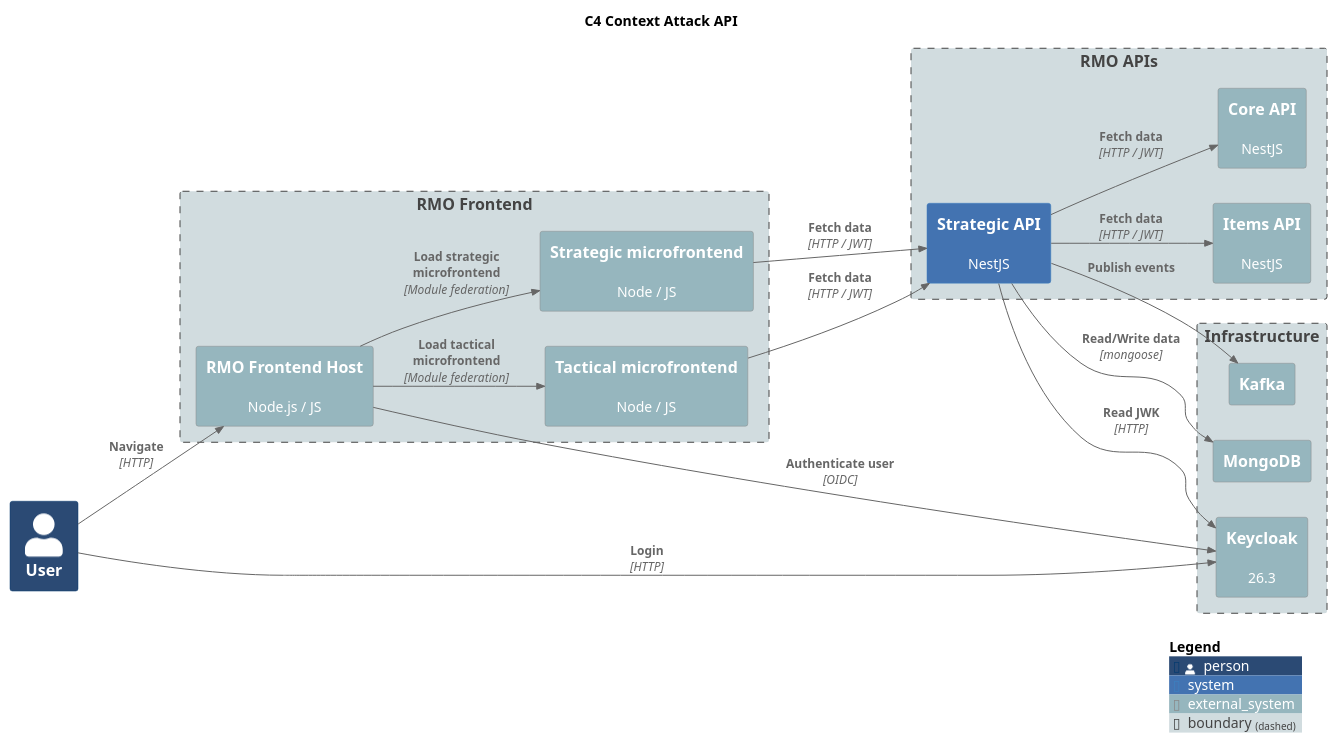
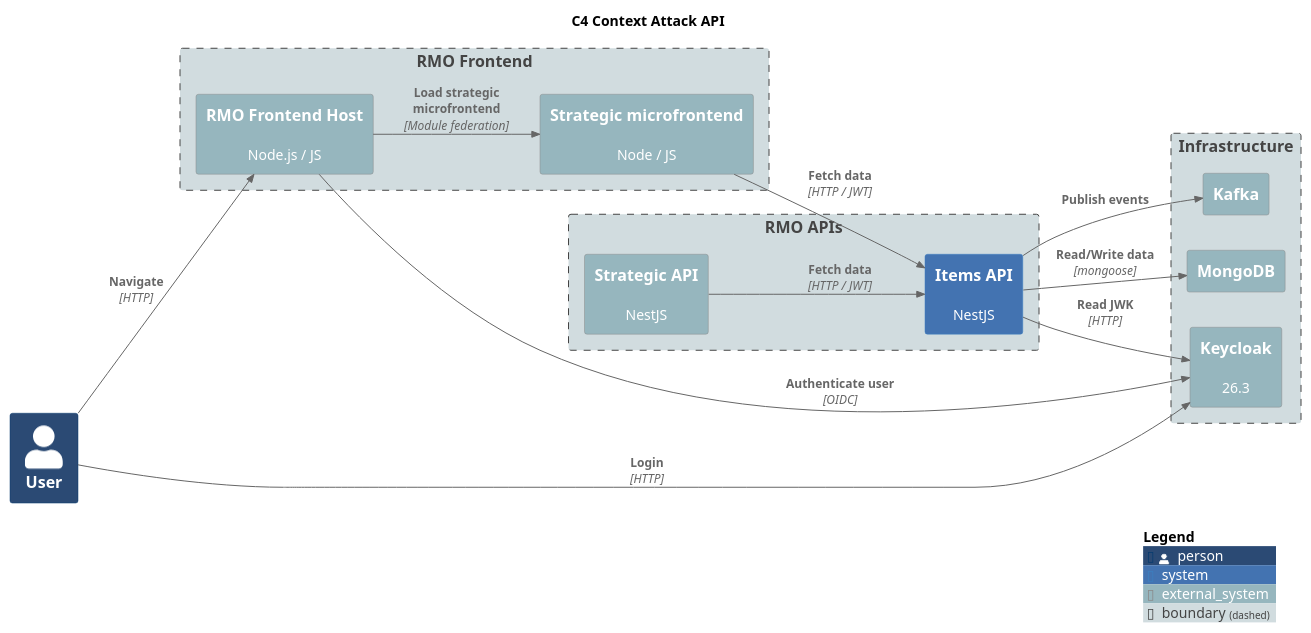
One commit to labcabrera/rmu-api-items changed the diagram in diagrams/c4-context.plantuml. Above: the diagram before and after it, drawn with PlantUML. The commit also changed 7 other files, not shown here.

Commit message:
Cleanup + diagram.

```diff
--- a/diagrams/c4-context.plantuml
+++ b/diagrams/c4-context.plantuml
@@ -1,56 +1,51 @@
 @startuml C4 Context Attack API
 title C4 Context Attack API
 
 !include https://raw.githubusercontent.com/plantuml-stdlib/C4-PlantUML/master/C4_Context.puml
 
 LAYOUT_LEFT_RIGHT()
 
 UpdateElementStyle(person, $bgColor="#2b4a74ff")
 UpdateElementStyle(system, $bgColor="#4373b1ff")
 UpdateElementStyle(external_system, $bgColor="#96b6beff")
 UpdateElementStyle(boundary, $bgColor="#d1dcdfff")
 
 Person(user, "User")
 
 Boundary(frontend, "RMO Frontend") {
     System_Ext(rmu_fe_host, "RMO Frontend Host", "Node.js / JS")
     System_Ext(rmu_fe_strategic, "Strategic microfrontend", "Node / JS")
-    System_Ext(rmu_fe_tactical, "Tactical microfrontend", "Node / JS")
 }
 
 Boundary(apis, "RMO APIs") {
-    System(rmu_api_strategic, "Strategic API", "NestJS")
-    System_Ext(rmu_api_core, "Core API", "NestJS")
-    System_Ext(rmu_api_items, "Items API", "NestJS")
+    System(rmu_api_items, "Items API", "NestJS")
+    System_Ext(rmu_api_strategic, "Strategic API", "NestJS")
 }
 
 Boundary(infrastructure, "Infrastructure") {
     System_Ext(mongodb, "MongoDB", "")
     System_Ext(keycloak, "Keycloak", "26.3")
     System_Ext(kafka, "Kafka", "")
 }
 
 Rel(user, rmu_fe_host, "Navigate", "HTTP")
 Rel(user, keycloak, "Login", "HTTP")
 
 ' Frontends
 
 Rel(rmu_fe_host, rmu_fe_strategic, "Load strategic microfrontend", "Module federation")
-Rel(rmu_fe_host, rmu_fe_tactical, "Load tactical microfrontend", "Module federation")
 Rel(rmu_fe_host, keycloak, "Authenticate user", "OIDC")
 
-Rel(rmu_fe_strategic, rmu_api_strategic, "Fetch data", "HTTP / JWT")
-Rel(rmu_fe_tactical, rmu_api_strategic, "Fetch data", "HTTP / JWT")
+Rel(rmu_fe_strategic, rmu_api_items, "Fetch data", "HTTP / JWT")
 
-Rel(rmu_api_strategic, rmu_api_core, "Fetch data", "HTTP / JWT")
 Rel(rmu_api_strategic, rmu_api_items, "Fetch data", "HTTP / JWT")
 
-Rel(rmu_api_strategic, mongodb, "Read/Write data", "mongoose")
+Rel(rmu_api_items, mongodb, "Read/Write data", "mongoose")
 
-Rel(rmu_api_strategic, keycloak, "Read JWK", "HTTP")
+Rel(rmu_api_items, keycloak, "Read JWK", "HTTP")
 
-Rel(rmu_api_strategic, kafka, "Publish events", "")
+Rel(rmu_api_items, kafka, "Publish events", "")
 
 SHOW_LEGEND()
 
 @enduml
```
